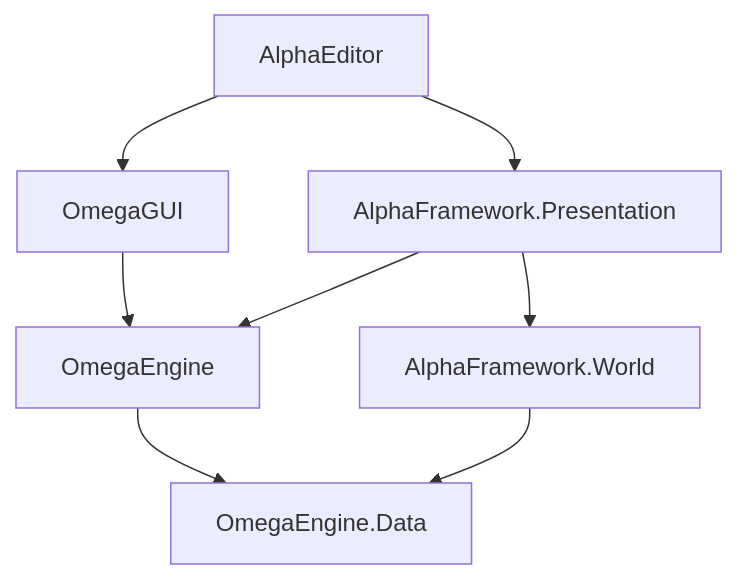
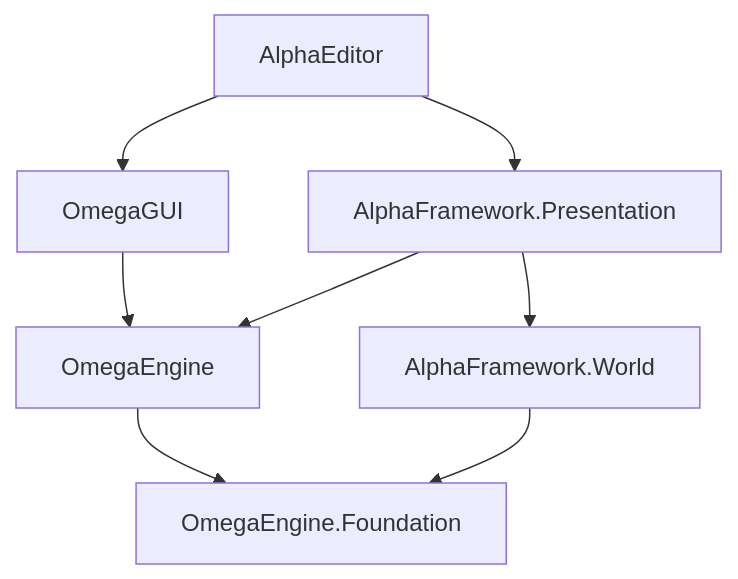
One commit to omegaengine/omegaengine changed the diagram in doc/index.md. Above: the diagram before and after it, drawn with Mermaid. The commit also changed other lines of this file and 210 other files, not shown here.

Commit message:
Renamed OmegaEngine.Data to OmegaEngine.Foundation and restructured namespaces

````diff
--- a/doc/index.md
+++ b/doc/index.md
@@ -60,10 +60,10 @@
 ```mermaid
 flowchart TD
-    engine[OmegaEngine] --> data[OmegaEngine.Data]
+    engine[OmegaEngine] --> foundation[OmegaEngine.Foundation]
     gui[OmegaGUI] --> engine
-    world[AlphaFramework.World] --> data
+    world[AlphaFramework.World] --> foundation
     presentation[AlphaFramework.Presentation] --> world
     presentation --> engine
     editor[AlphaEditor] --> presentation
     editor --> gui
 ```
````
